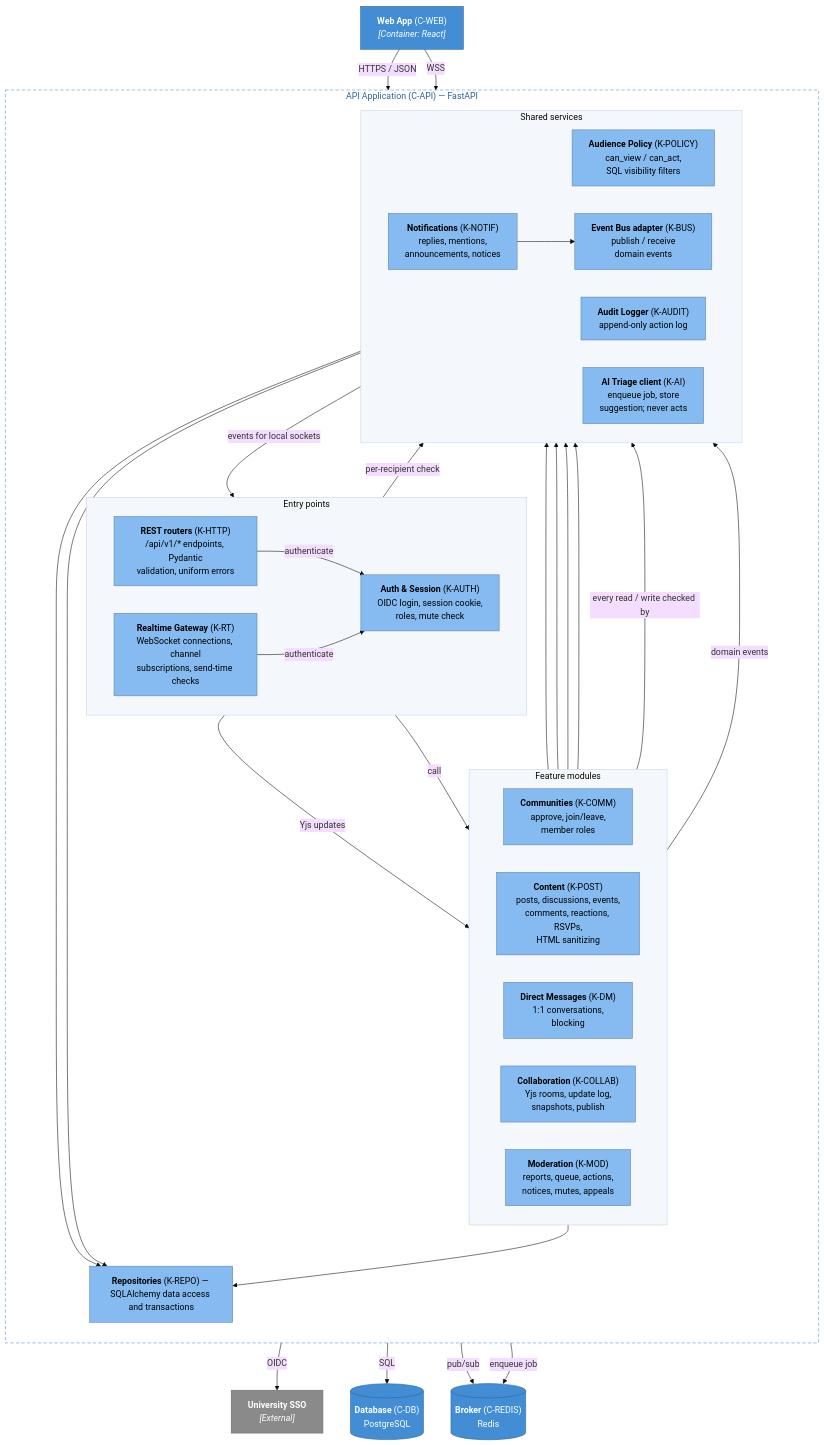
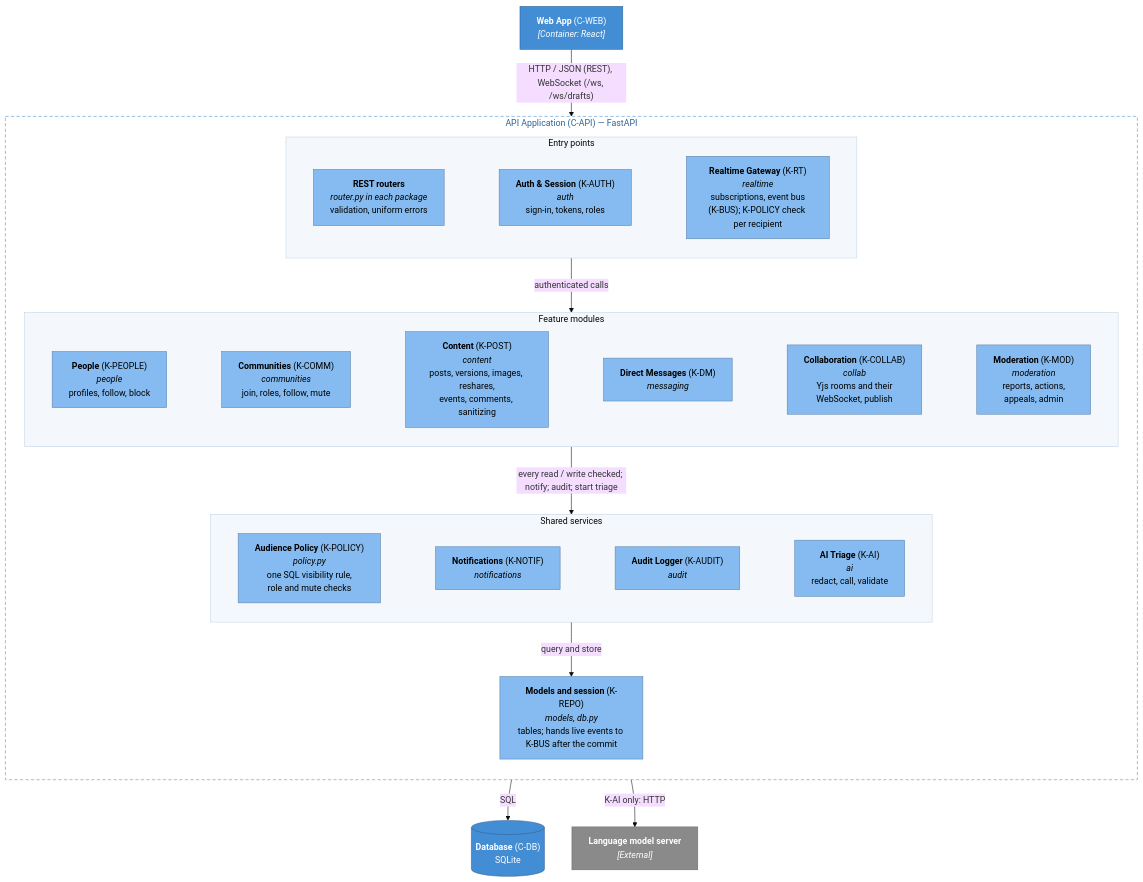
The diagram in docs/diagrams/c4-component-api.mmd (dereksodo/AmazingNetwork), drawn with Mermaid (base theme) before and after one commit. The commit also changed 19 other files, not shown here.

First line of the commit message:
docs(architecture): update diagrams and decision records as built

```diff
--- a/docs/diagrams/c4-component-api.mmd
+++ b/docs/diagrams/c4-component-api.mmd
@@ -1,66 +1,50 @@
-%% C4 Level 3 — Components inside the API Application (C-API)
+%% C4 Level 3 — Components inside the API Application (C-API), as built. Names in italics are packages of backend/app.
 flowchart TB
   web["<b>Web App</b> (C-WEB)<br/><i>[Container: React]</i>"]
-
   subgraph api["API Application (C-API) — FastAPI"]
     direction TB
     subgraph entry["Entry points"]
       direction LR
-      routers["<b>REST routers</b> (K-HTTP)<br/>/api/v1/* endpoints, Pydantic<br/>validation, uniform errors"]
-      auth["<b>Auth & Session</b> (K-AUTH)<br/>OIDC login, session cookie,<br/>roles, mute check"]
-      ws["<b>Realtime Gateway</b> (K-RT)<br/>WebSocket connections, channel<br/>subscriptions, send-time checks"]
+      routers["<b>REST routers</b><br/><i>router.py in each package</i><br/>validation, uniform errors"]
+      auth["<b>Auth & Session</b> (K-AUTH)<br/><i>auth</i><br/>sign-in, tokens, roles"]
+      ws["<b>Realtime Gateway</b> (K-RT)<br/><i>realtime</i><br/>subscriptions, event bus<br/>(K-BUS); K-POLICY check per recipient"]
     end
     subgraph features["Feature modules"]
       direction LR
-      comm["<b>Communities</b> (K-COMM)<br/>approve, join/leave,<br/>member roles"]
-      posts["<b>Content</b> (K-POST)<br/>posts, discussions, events,<br/>comments, reactions, RSVPs,<br/>HTML sanitizing"]
-      dm["<b>Direct Messages</b> (K-DM)<br/>1:1 conversations,<br/>blocking"]
-      collab["<b>Collaboration</b> (K-COLLAB)<br/>Yjs rooms, update log,<br/>snapshots, publish"]
-      mod["<b>Moderation</b> (K-MOD)<br/>reports, queue, actions,<br/>notices, mutes, appeals"]
+      people["<b>People</b> (K-PEOPLE)<br/><i>people</i><br/>profiles, follow, block"]
+      comm["<b>Communities</b> (K-COMM)<br/><i>communities</i><br/>join, roles, follow, mute"]
+      posts["<b>Content</b> (K-POST)<br/><i>content</i><br/>posts, versions, images, reshares,<br/>events, comments, sanitizing"]
+      dm["<b>Direct Messages</b> (K-DM)<br/><i>messaging</i>"]
+      collab["<b>Collaboration</b> (K-COLLAB)<br/><i>collab</i><br/>Yjs rooms and their<br/>WebSocket, publish"]
+      mod["<b>Moderation</b> (K-MOD)<br/><i>moderation</i><br/>reports, actions,<br/>appeals, admin"]
     end
     subgraph shared["Shared services"]
       direction LR
-      policy["<b>Audience Policy</b> (K-POLICY)<br/>can_view / can_act,<br/>SQL visibility filters"]
-      notif["<b>Notifications</b> (K-NOTIF)<br/>replies, mentions,<br/>announcements, notices"]
-      audit["<b>Audit Logger</b> (K-AUDIT)<br/>append-only action log"]
-      ai["<b>AI Triage client</b> (K-AI)<br/>enqueue job, store<br/>suggestion; never acts"]
-      bus["<b>Event Bus adapter</b> (K-BUS)<br/>publish / receive<br/>domain events"]
+      policy["<b>Audience Policy</b> (K-POLICY)<br/><i>policy.py</i><br/>one SQL visibility rule,<br/>role and mute checks"]
+      notif["<b>Notifications</b> (K-NOTIF)<br/><i>notifications</i>"]
+      audit["<b>Audit Logger</b> (K-AUDIT)<br/><i>audit</i>"]
+      ai["<b>AI Triage</b> (K-AI)<br/><i>ai</i><br/>redact, call, validate"]
     end
-    repo["<b>Repositories</b> (K-REPO) — SQLAlchemy data access and transactions"]
+    orm["<b>Models and session</b> (K-REPO)<br/><i>models, db.py</i><br/>tables; hands live events to K-BUS after the commit"]
   end
-
-  db[("<b>Database</b> (C-DB)<br/>PostgreSQL")]
-  redis[("<b>Broker</b> (C-REDIS)<br/>Redis")]
-  sso["<b>University SSO</b><br/><i>[External]</i>"]
-
-  web -- "HTTPS / JSON" --> routers
-  web -- "WSS" --> ws
-  routers -- "authenticate" --> auth
-  ws -- "authenticate" --> auth
-  auth -- "OIDC" --> sso
-  routers -- "call" --> features
-  ws -- "Yjs updates" --> collab
-  features -- "every read / write checked by" --> policy
-  ws -- "per-recipient check" --> policy
-  mod --> audit
-  mod --> ai
-  posts & mod --> notif
-  features -- "domain events" --> bus
-  notif --> bus
-  bus -- "events for local sockets" --> ws
-  features --> repo
-  audit & ai --> repo
-  repo -- "SQL" --> db
-  bus -- "pub/sub" --> redis
-  ai -- "enqueue job" --> redis
-
+  db[("<b>Database</b> (C-DB)<br/>SQLite")]
+  llm["<b>Language model server</b><br/><i>[External]</i>"]
+  routers ~~~ auth ~~~ ws
+  people ~~~ comm ~~~ posts ~~~ dm ~~~ collab ~~~ mod
+  policy ~~~ notif ~~~ audit ~~~ ai
+  web -- "HTTP / JSON (REST), WebSocket (/ws, /ws/drafts)" --> entry
+  entry -- "authenticated calls" --> features
+  features -- "every read / write checked; notify; audit; start triage" --> shared
+  shared -- "query and store" --> orm
+  orm -- "SQL" --> db
+  shared -- "K-AI only: HTTP" --> llm
   classDef comp fill:#85bbf0,stroke:#5d82a8,color:#000
   classDef cont fill:#438dd5,stroke:#2e6295,color:#fff
   classDef external fill:#8a8a8a,stroke:#6b6b6b,color:#fff
-  class routers,ws,auth,policy,comm,posts,dm,collab,mod,ai,notif,audit,repo,bus comp
-  class web,db,redis cont
-  class sso external
+  class routers,ws,auth,policy,people,comm,posts,dm,collab,mod,ai,notif,audit,orm comp
+  class web,db cont
+  class llm external
   style api fill:none,stroke:#438dd5,stroke-dasharray:6 4,color:#2e6295
   style entry fill:#f4f8fc,stroke:#c4d4e6
   style features fill:#f4f8fc,stroke:#c4d4e6
   style shared fill:#f4f8fc,stroke:#c4d4e6
```
